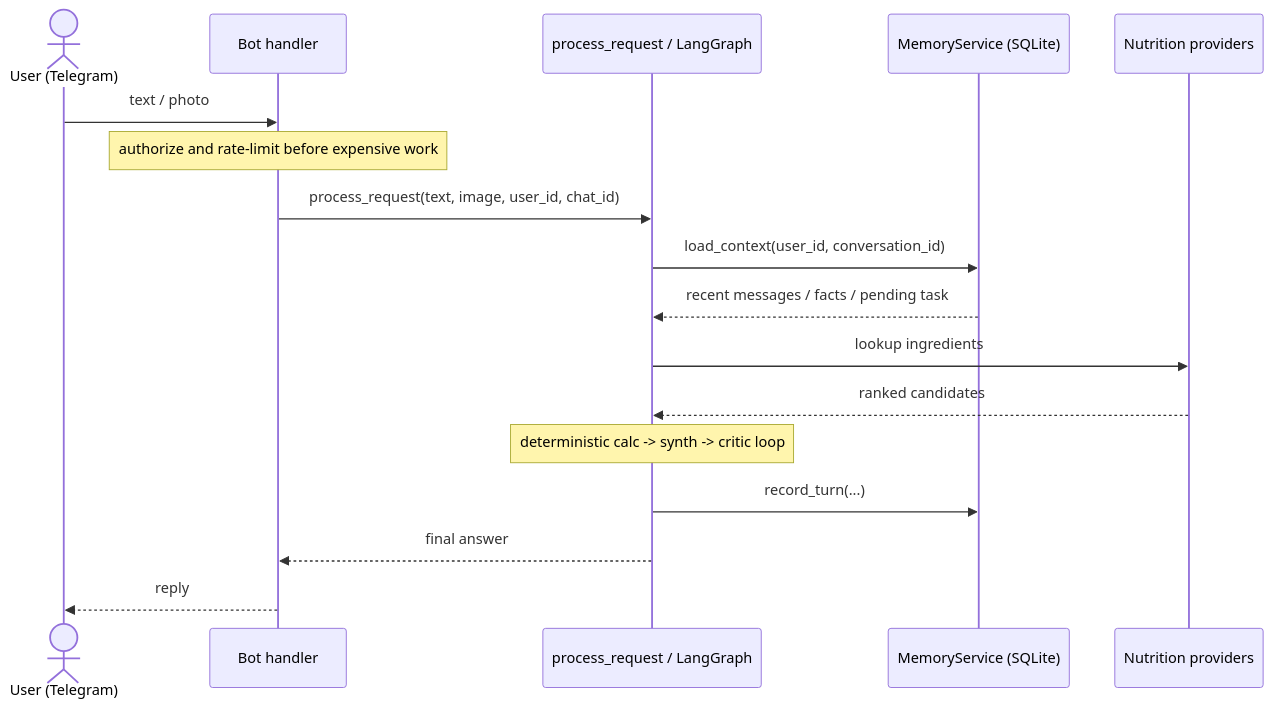
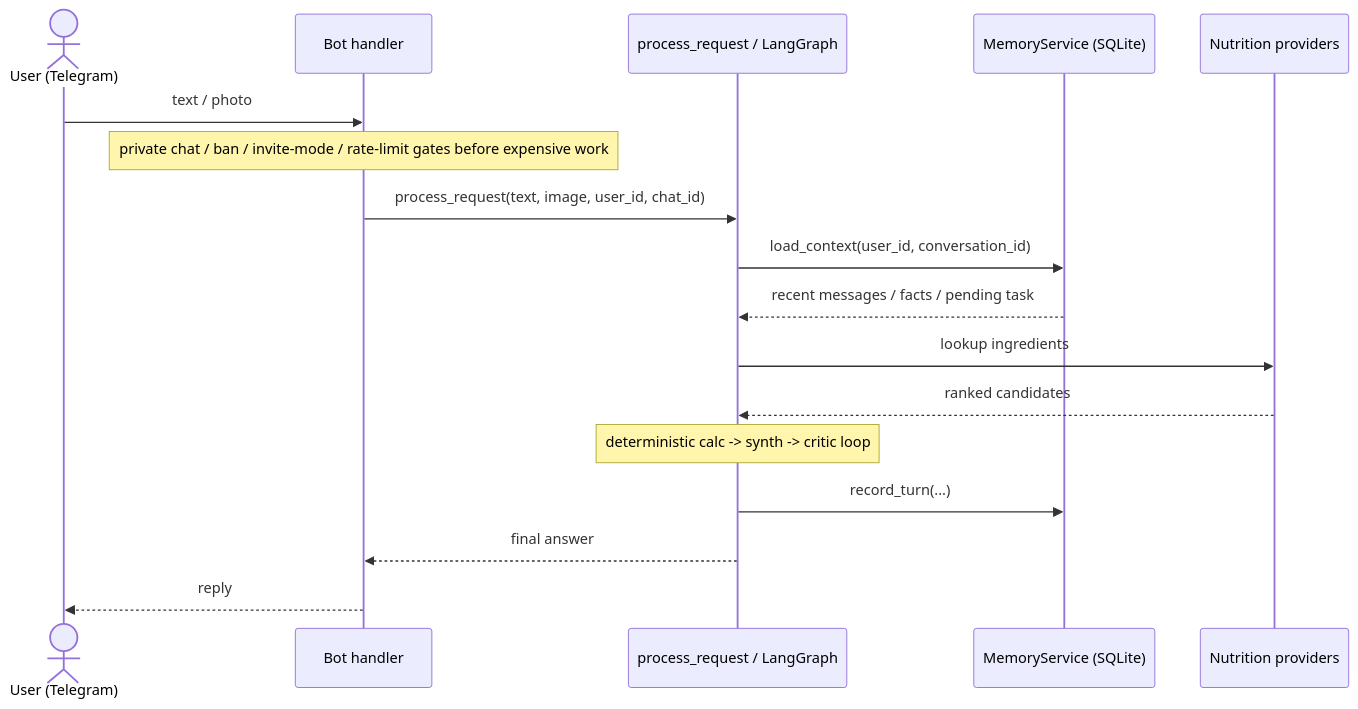
One commit to fomin-n/nutrition-agent changed the second of 2 diagrams in README.md. Above: the diagram before and after it, drawn with Mermaid. The commit also changed other lines of this file and 2 other files, not shown here.

````diff
--- a/README.md
+++ b/README.md
@@ -86,19 +86,19 @@
 ```mermaid
 sequenceDiagram
     actor U as User (Telegram)
     participant H as Bot handler
     participant G as process_request / LangGraph
     participant M as MemoryService (SQLite)
     participant P as Nutrition providers
     U->>H: text / photo
-    Note over H: authorize and rate-limit before expensive work
+    Note over H: private chat / ban / invite-mode / rate-limit gates before expensive work
     H->>G: process_request(text, image, user_id, chat_id)
     G->>M: load_context(user_id, conversation_id)
     M-->>G: recent messages / facts / pending task
     G->>P: lookup ingredients
     P-->>G: ranked candidates
     Note over G: deterministic calc -> synth -> critic loop
     G->>M: record_turn(...)
     G-->>H: final answer
     H-->>U: reply
 ```
````
